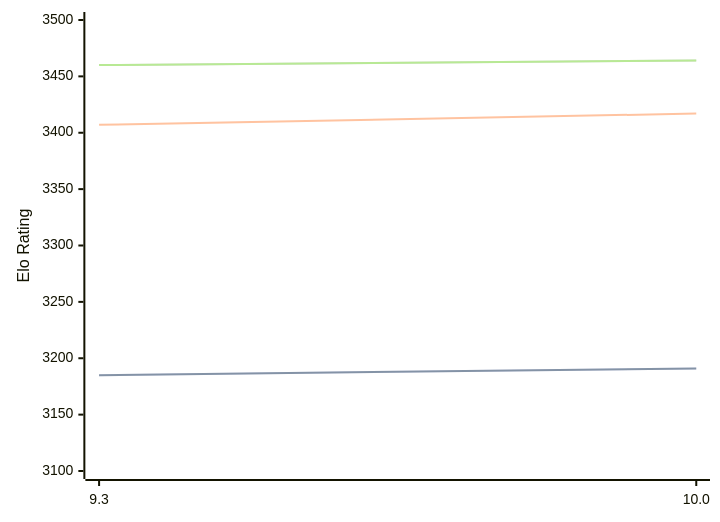
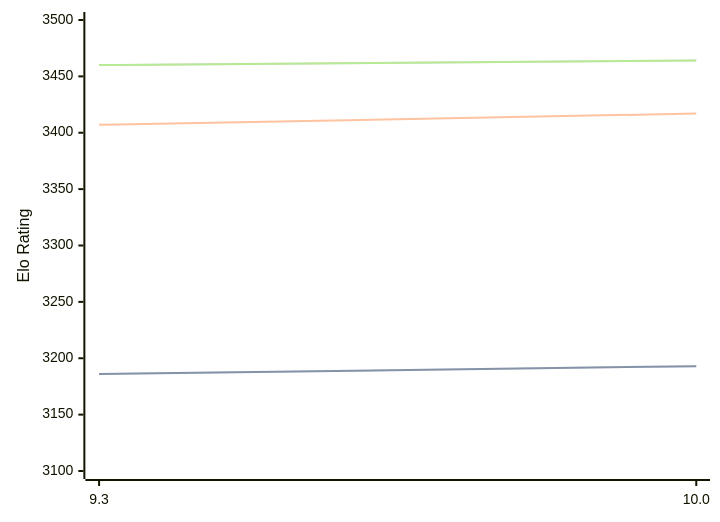
Before and after one commit to computer-chess-index/cci: the diagram in engines/Fire.md, drawn with Mermaid. The commit also changed other lines of this file, not shown here.

````diff
--- a/engines/Fire.md
+++ b/engines/Fire.md
@@ -44,11 +44,11 @@
 ```mermaid
 %%{init: {"theme":"base","themeVariables":{"seriesColors:['#a3a3a3','#222221','#faa371']}}}%%
 xychart-beta
   x-axis ["9.3", "10.0"]
   y-axis "Elo Rating" 3100 --> 3500
-  line "STC (8.0+0.08s)" [3185, 3191]
-  line "STC (8.0+0.08s)" [3185, 3191]
+  line "STC (8.0+0.08s)" [3186, 3193]
+  line "STC (8.0+0.08s)" [3186, 3193]
   line "LTC (60.0+0.60s)" [3407, 3417]
   line "VLTC (2m24s+1.12s)" [3460, 3464]
   line "VLTC (2m24s+1.12s)" [3460, 3464]
 ```
````
